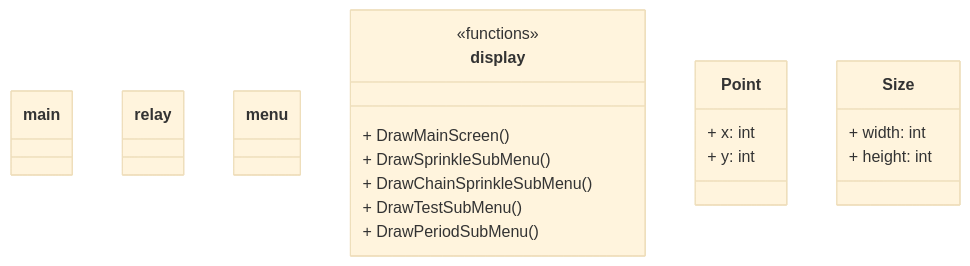
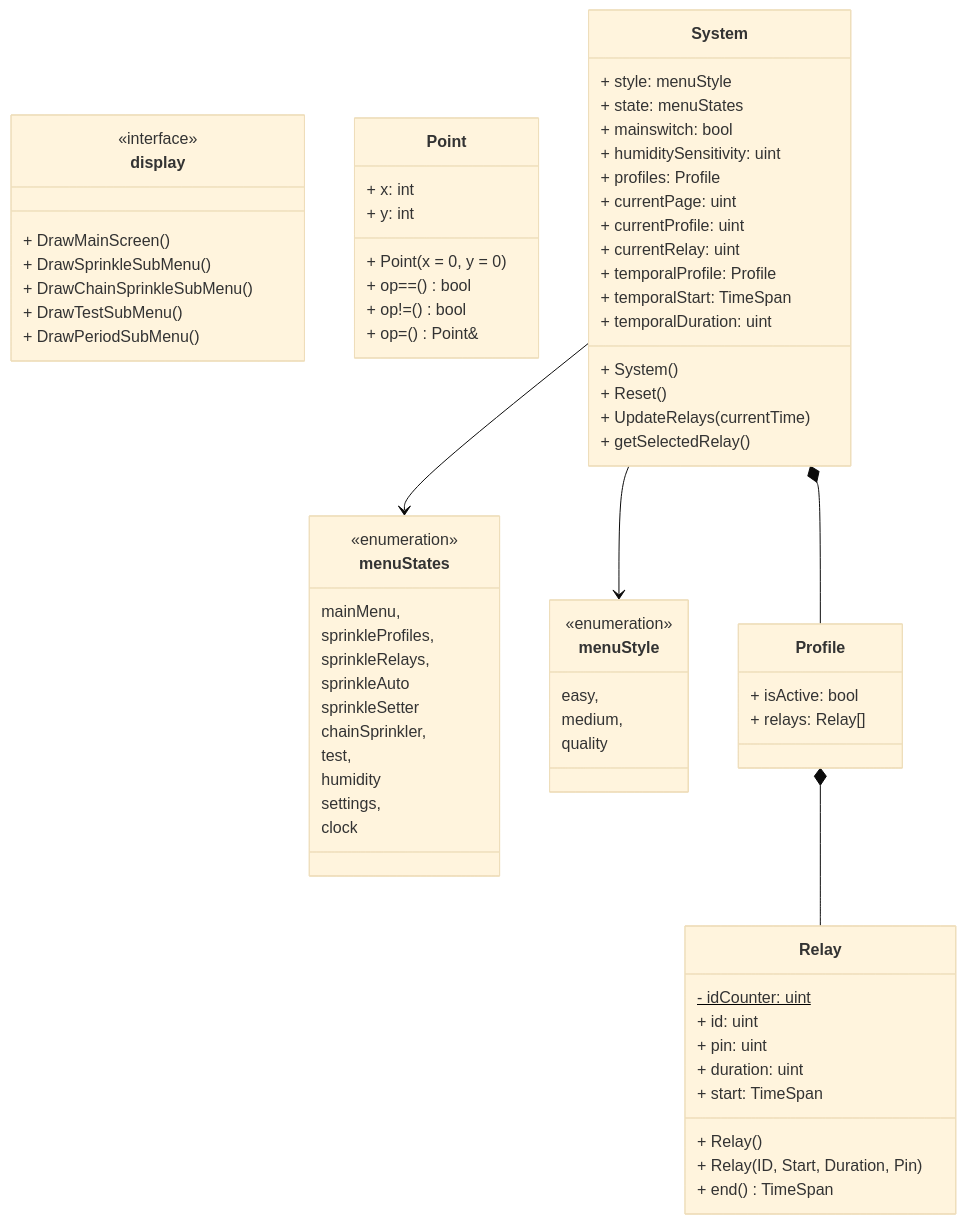
One commit to Spyro1/SprinkleSystem changed the diagram in README.md. Above: the diagram before and after it, drawn with Mermaid (base theme). The commit also changed 1 other file, not shown here.

Commit message:
class uml building

````diff
--- a/README.md
+++ b/README.md
@@ -38,30 +38,81 @@
 ```mermaid
 classDiagram
 
-    class main{
-
+    class menuStates{
+        <<enumeration>>
+        mainMenu, 
+        sprinkleProfiles, 
+        sprinkleRelays, 
+        sprinkleAuto
+        sprinkleSetter
+        chainSprinkler,
+        test,
+        humidity
+        settings,
+        clock
     }
-    class relay{
-
+    class menuStyle{
+        <<enumeration>>
+        easy,
+        medium,
+        quality
     }
-    class menu{
-
+    class Relay{
+        - idCounter: uint$
+        + id: uint
+        + pin: uint
+        + duration: uint 
+        + start: TimeSpan
+        + Relay()
+        + Relay(ID, Start, Duration, Pin)
+        + end() TimeSpan
+    }
+    class Profile{
+        + isActive: bool
+        + relays: Relay[]
     }
     class display{
-      <<functions>>
+      <<interface>>
         + DrawMainScreen()
         + DrawSprinkleSubMenu()
         + DrawChainSprinkleSubMenu()
         + DrawTestSubMenu()
         + DrawPeriodSubMenu()
     }
     class Point{
       + x: int
       + y: int
+      + Point(x = 0, y = 0)
+      + op==() bool
+      + op!=() bool
+      + op=() Point&
     }
-    class Size{
-      + width: int
-      + height: int
+    
+    class System{
+        + style: menuStyle
+        + state: menuStates
+        + mainswitch: bool
+        + humiditySensitivity: uint
+        + profiles: Profile
+        + currentPage: uint
+        + currentProfile: uint
+        + currentRelay: uint
+        + temporalProfile: Profile
+        + temporalStart: TimeSpan
+        + temporalDuration: uint
+        + System()
+        + Reset()
+        + UpdateRelays(currentTime)
+        + getSelectedRelay()
+        
+        
     }
+    
+    
+    System --> menuStyle
+    System --> menuStates
+    System *-- Profile
+    
+    Profile *-- Relay
 
 ```
````
